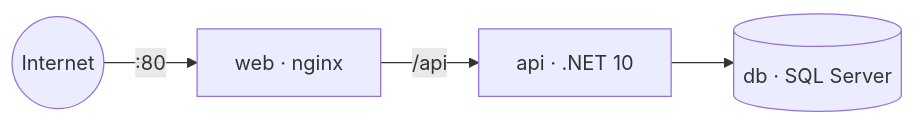
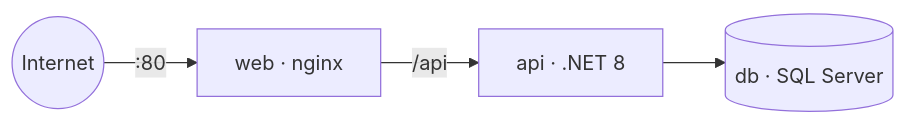
Before and after one commit to sergionieto1604/caminoSeguro: the diagram in docs/04-manual-tecnico.md, drawn with Mermaid. The commit also changed other lines of this file and 26 other files, not shown here.

````diff
--- a/docs/04-manual-tecnico.md
+++ b/docs/04-manual-tecnico.md
@@ -81,6 +82,6 @@
 ```mermaid
 flowchart LR
     I((Internet)) -- ":80" --> W["web · nginx"]
-    W -- "/api" --> A["api · .NET 10"]
+    W -- "/api" --> A["api · .NET 8"]
     A --> D[("db · SQL Server")]
 ```
````
